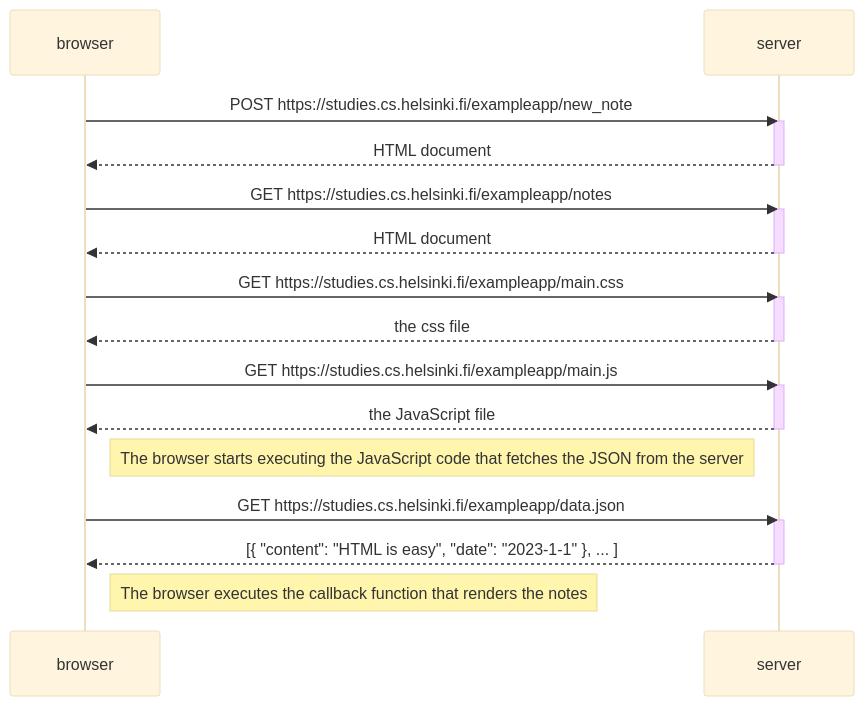
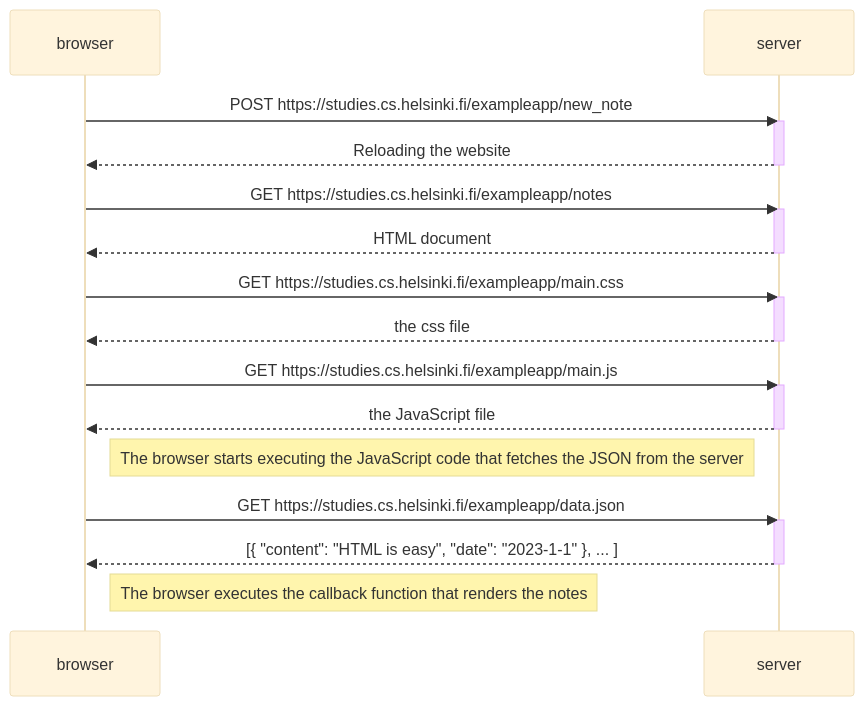
Before and after one commit to Nese123/HY-Full-Stack-palautusrepositorio: the diagram in osa0/muistiinpano3.md, drawn with Mermaid (base theme).

````diff
--- a/osa0/muistiinpano3.md
+++ b/osa0/muistiinpano3.md
@@ -1,35 +1,35 @@
 ```mermaid
 sequenceDiagram
     participant browser
     participant server
 
     browser->>server: POST https://studies.cs.helsinki.fi/exampleapp/new_note
     activate server
-    server-->>browser: HTML document
+    server-->>browser: Reloading the website
     deactivate server
 
 
     browser->>server: GET https://studies.cs.helsinki.fi/exampleapp/notes
     activate server
     server-->>browser: HTML document
     deactivate server
 
     browser->>server: GET https://studies.cs.helsinki.fi/exampleapp/main.css
     activate server
     server-->>browser: the css file
     deactivate server
 
     browser->>server: GET https://studies.cs.helsinki.fi/exampleapp/main.js
     activate server
     server-->>browser: the JavaScript file
     deactivate server
 
     Note right of browser: The browser starts executing the JavaScript code that fetches the JSON from the server
 
     browser->>server: GET https://studies.cs.helsinki.fi/exampleapp/data.json
     activate server
     server-->>browser: [{ "content": "HTML is easy", "date": "2023-1-1" }, ... ]
     deactivate server
 
     Note right of browser: The browser executes the callback function that renders the notes
 ```
````
